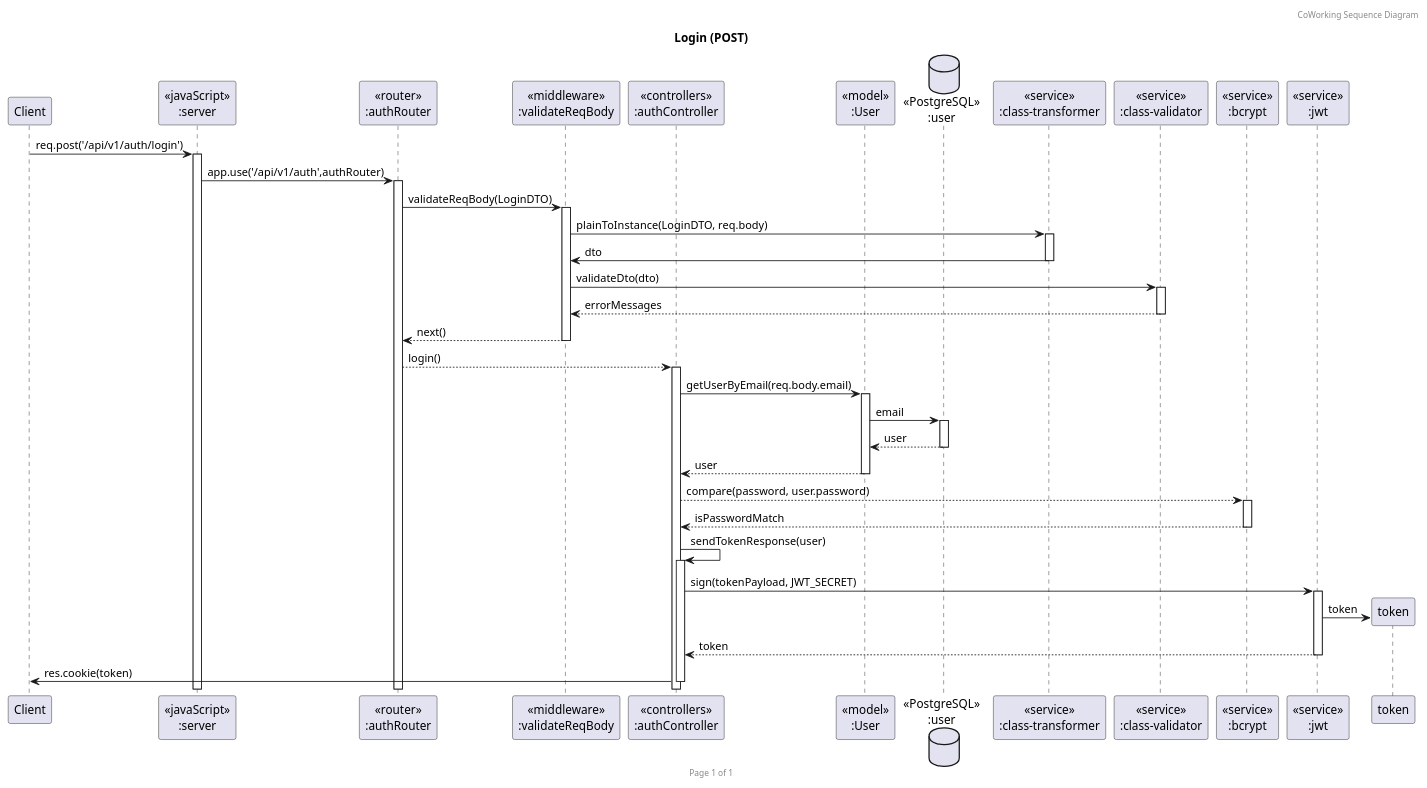
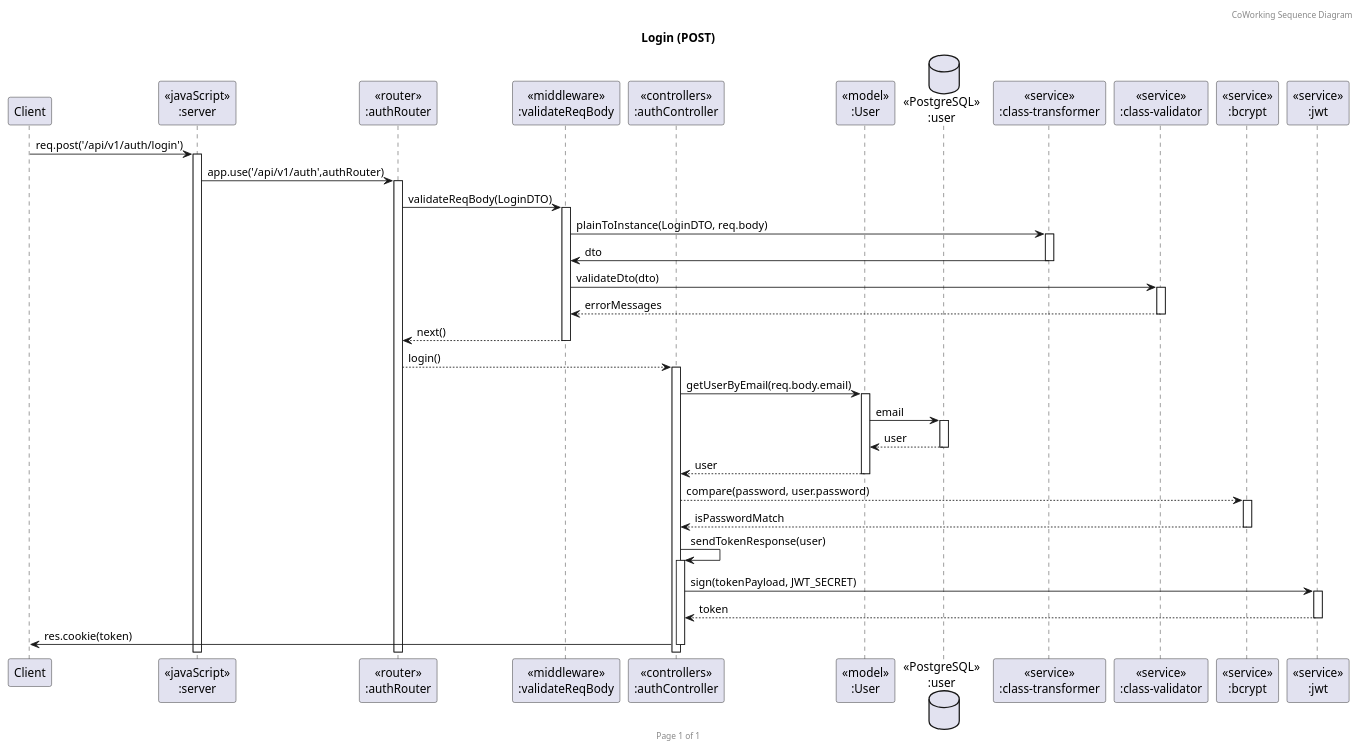
Before and after one commit to TeaChanathip/SwDev-Project: the diagram in diagrams/auth/login/login.puml, drawn with PlantUML. The commit also changed 5 other files, not shown here.

```diff
--- a/diagrams/auth/login/login.puml
+++ b/diagrams/auth/login/login.puml
@@ -1,46 +1,45 @@
 @startuml Login (POST)
 
 header CoWorking Sequence Diagram
 footer Page %page% of %lastpage%
 title "Login (POST)"
 
 participant "Client" as client
 participant "<<javaScript>>\n:server" as server
 participant "<<router>>\n:authRouter" as authRouter
 participant "<<middleware>>\n:validateReqBody" as middleware
 participant "<<controllers>>\n:authController" as authController
 participant "<<model>>\n:User" as userModel
 database "<<PostgreSQL>>\n:user" as userDatabase
 participant "<<service>>\n:class-transformer" as classTransformer
 participant "<<service>>\n:class-validator" as classValidator
 participant "<<service>>\n:bcrypt" as bcrypt
 participant "<<service>>\n:jwt" as jwt
 
 
 client->server ++:req.post('/api/v1/auth/login')
 server->authRouter ++:app.use('/api/v1/auth',authRouter)
 
 authRouter -> middleware ++: validateReqBody(LoginDTO)
 middleware -> classTransformer ++: plainToInstance(LoginDTO, req.body)
 classTransformer -> middleware --: dto
 middleware -> classValidator ++: validateDto(dto)
 classValidator --> middleware --: errorMessages
 middleware --> authRouter --: next()
 
 authRouter --> authController ++: login()
 authController->userModel ++:getUserByEmail(req.body.email)
 userModel ->userDatabase ++: email
 userDatabase --> userModel --: user
 userModel --> authController --: user
 
 authController --> bcrypt ++: compare(password, user.password)
 bcrypt --> authController --: isPasswordMatch
 authController -> authController ++: sendTokenResponse(user)
 authController -> jwt ++: sign(tokenPayload, JWT_SECRET)
-token <- jwt **: token
 jwt --> authController --: token
 authController -> client --: res.cookie(token) 
 
 
 
 @enduml
```
